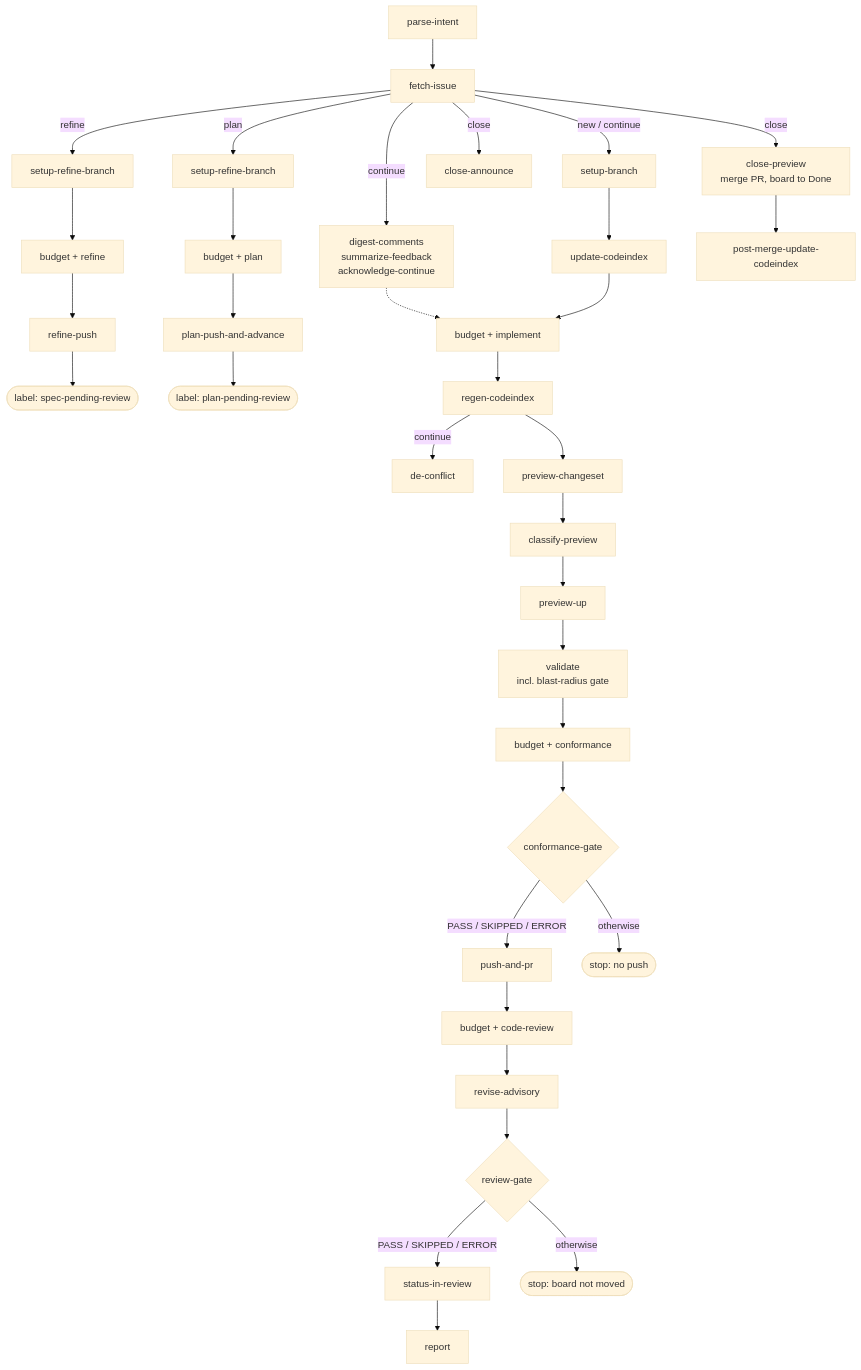
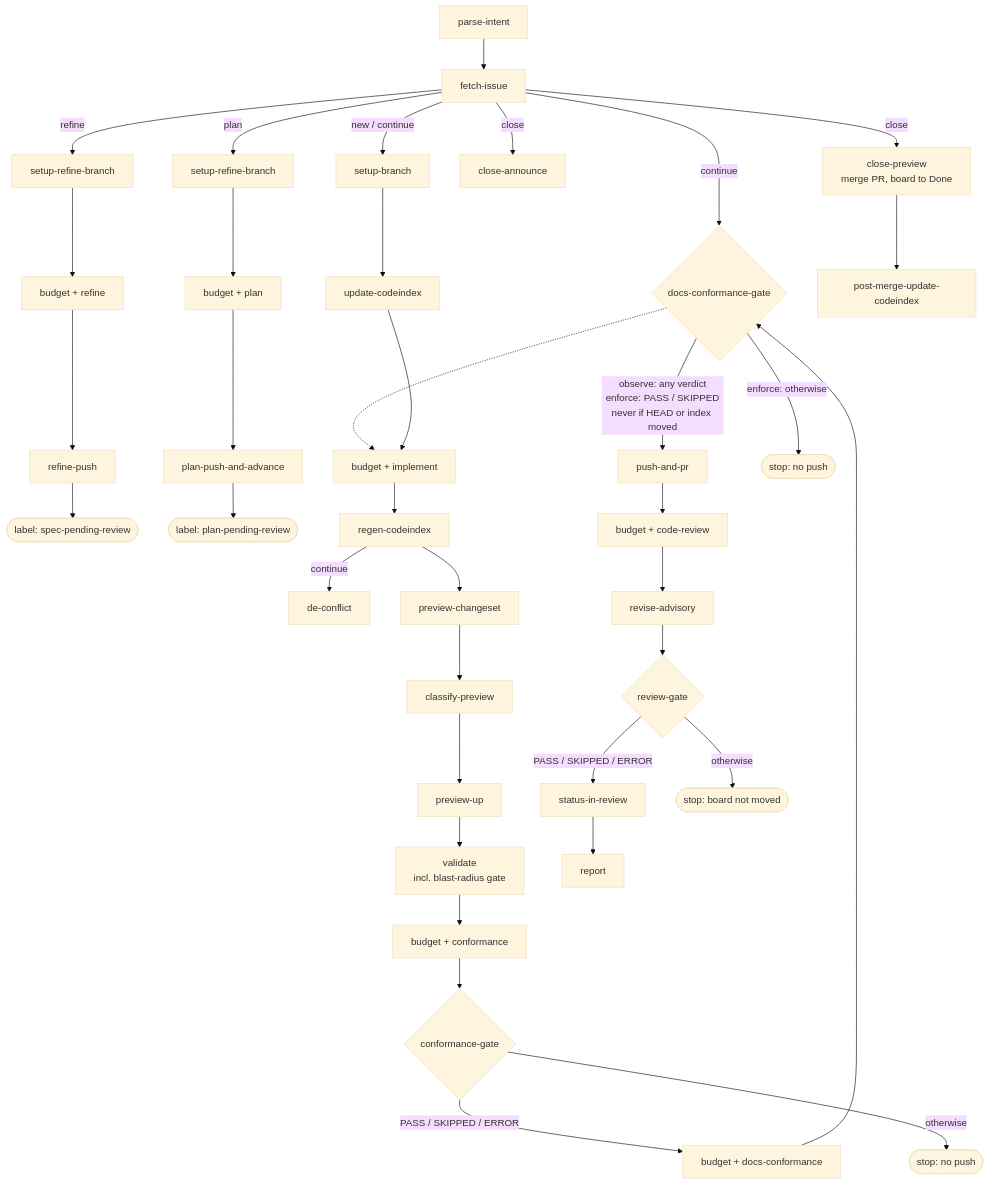
The diagram in docs/run-lifecycle.md (omniscient/dark-factory), drawn with Mermaid (base theme) before and after one commit. The commit also changed other lines of this file and 32 other files, not shown here.

First line of the commit message:
Gate documentation conformance against the final implementation diff before PR publication (#542)

````diff
--- a/docs/run-lifecycle.md
+++ b/docs/run-lifecycle.md
@@ -235,30 +235,32 @@
 ```mermaid
 flowchart TD
     PI[parse-intent] --> FI[fetch-issue]
 
     FI -->|refine| RB[setup-refine-branch]
     RB --> RF["budget + refine"] --> RP[refine-push]
     RP --> SPR(["label: spec-pending-review"])
 
     FI -->|plan| PB[setup-refine-branch]
     PB --> PL["budget + plan"] --> PP[plan-push-and-advance]
     PP --> PPR(["label: plan-pending-review"])
 
     FI -->|continue| DG["digest-comments<br/>summarize-feedback<br/>acknowledge-continue"]
     FI -->|"new / continue"| SB[setup-branch]
     DG -.-> IM
     SB --> UC[update-codeindex] --> IM["budget + implement"]
     IM --> RC[regen-codeindex]
     RC -->|continue| DC[de-conflict]
     RC --> PC[preview-changeset] --> CP[classify-preview] --> PU[preview-up]
     PU --> VA["validate<br/>incl. blast-radius gate"]
     VA --> CF["budget + conformance"] --> CG{conformance-gate}
-    CG -->|"PASS / SKIPPED / ERROR"| PR[push-and-pr]
+    CG -->|"PASS / SKIPPED / ERROR"| DF["budget + docs-conformance"] --> DG{docs-conformance-gate}
     CG -->|otherwise| STOP1(["stop: no push"])
+    DG -->|"observe: any verdict<br/>enforce: PASS / SKIPPED<br/>never if HEAD or index moved"| PR[push-and-pr]
+    DG -->|"enforce: otherwise"| STOP3(["stop: no push"])
     PR --> CR["budget + code-review"] --> RA[revise-advisory] --> RG{review-gate}
     RG -->|"PASS / SKIPPED / ERROR"| SR[status-in-review] --> RE[report]
     RG -->|otherwise| STOP2(["stop: board not moved"])
 
     FI -->|close| CA[close-announce]
     FI -->|close| CL["close-preview<br/>merge PR, board to Done"] --> PM[post-merge-update-codeindex]
 ```
````
